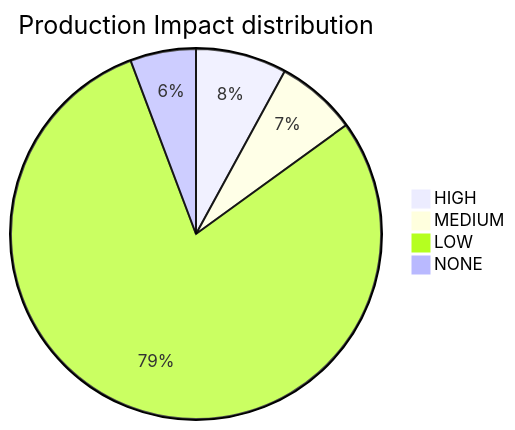
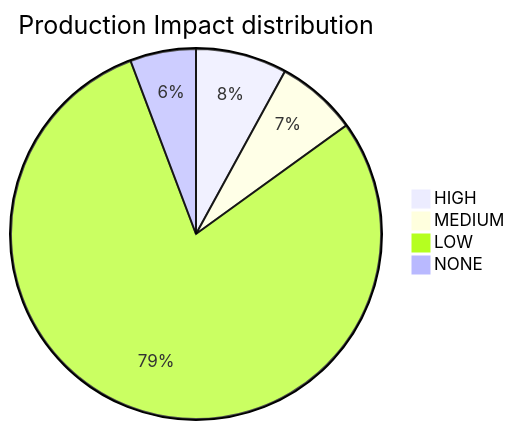
One commit to mikeybeezy/goldenpath-idp-infra changed the diagram in PLATFORM_HEALTH.md. Above: the diagram before and after it, drawn with Mermaid. The commit also changed other lines of this file and 4 other files, not shown here.

````diff
--- a/PLATFORM_HEALTH.md
+++ b/PLATFORM_HEALTH.md
@@ -58,7 +48,7 @@
 ```mermaid
 pie title Production Impact distribution
     "HIGH" : 36
     "MEDIUM" : 32
-    "LOW" : 359
+    "LOW" : 358
     "NONE" : 26
 ```
````
